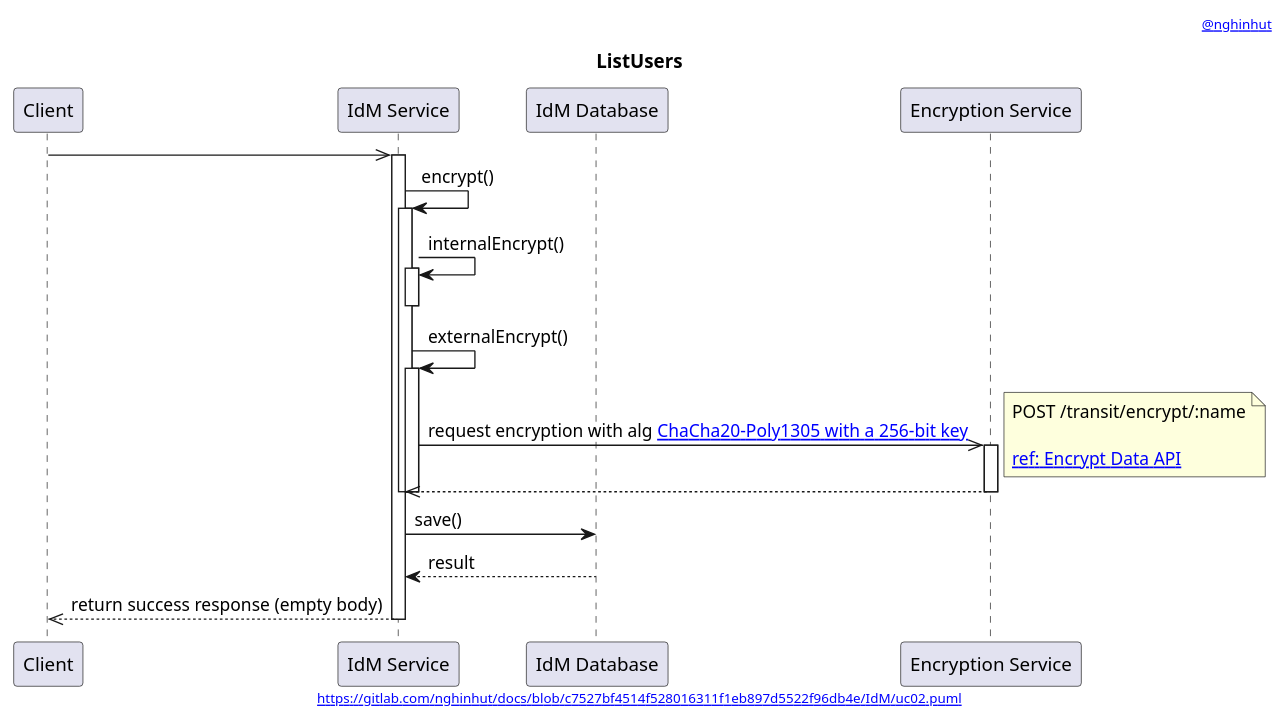
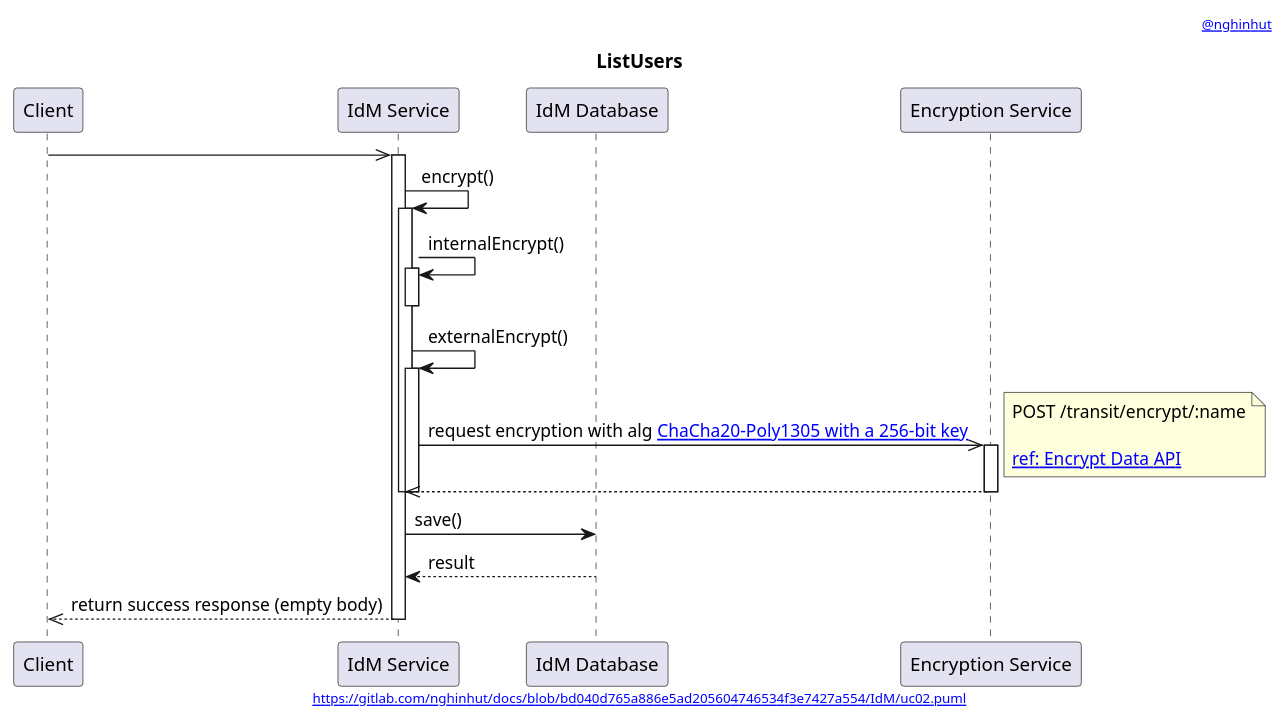
Before and after one commit to nghinhut/docs: the diagram in IdM/uc02.sequence.puml, drawn with PlantUML. The commit also changed 18 other files, not shown here.

Commit message:
Update diagrams

```diff
--- a/IdM/uc02.sequence.puml
+++ b/IdM/uc02.sequence.puml
@@ -1,43 +1,43 @@
 @startuml
 '-----START auto generated metadata please keep comment here to allow auto update-----
 '-----DON'T EDIT THIS SECTION, INSTEAD RE-RUN prebuild.sh TO UPDATE-----
-header [[mailto:nghinhut@gmail.com @nghinhut]]
-footer [[http://www.plantuml.com/plantuml/proxy?fmt=svg&src=https://gitlab.com/nghinhut/docs/raw/c7527bf4514f528016311f1eb897d5522f96db4e/IdM/uc02.puml https://gitlab.com/nghinhut/docs/blob/c7527bf4514f528016311f1eb897d5522f96db4e/IdM/uc02.puml]]
+header [[www.nghinhut.dev?from=http://www.plantuml.com/plantuml/proxy?fmt=svg&src=https://gitlab.com/nghinhut/docs/raw/bd040d765a886e5ad205604746534f3e7427a554/IdM/uc02.puml @nghinhut]]
+footer [[http://www.plantuml.com/plantuml/proxy?fmt=svg&src=https://gitlab.com/nghinhut/docs/raw/bd040d765a886e5ad205604746534f3e7427a554/IdM/uc02.puml https://gitlab.com/nghinhut/docs/blob/bd040d765a886e5ad205604746534f3e7427a554/IdM/uc02.puml]]
 '-----END auto generated metadata please keep comment here to allow auto update-----
 title ListUsers
 
 participant "Client" as client
 participant "IdM Service" as idm
 participant "IdM Database" as db
 participant "Encryption Service" as es
 
 client ->> idm
 activate idm
 
 idm -> idm : encrypt()
 activate idm
 idm -> idm : internalEncrypt()
 activate idm
 deactivate idm
 
 idm -> idm : externalEncrypt()
 activate idm
 idm ->> es : request encryption with alg [[https://www.vaultproject.io/docs/secrets/transit/index.html#chacha20-poly1305 ChaCha20-Poly1305 with a 256-bit key]]
 note right
     POST /transit/encrypt/:name
 
     [[https://www.vaultproject.io/api/secret/transit/index.html#encrypt-data ref: Encrypt Data API]]
 end note
 activate es
 idm <<-- es
 deactivate es
 deactivate idm
 deactivate idm
 
 idm -> db : save()
 idm <-- db : result
 
 client <<-- idm : return success response (empty body)
 deactivate idm
 
 @enduml
```
